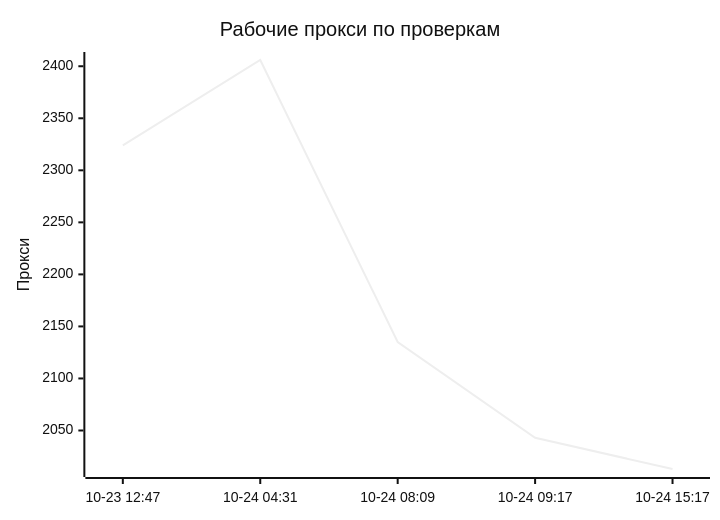
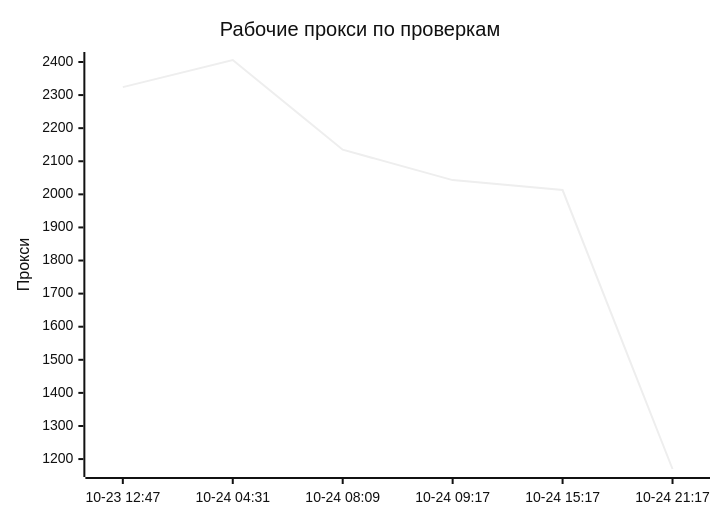
The first of 4 diagrams in README.md (rvvg/proxy-subs), drawn with Mermaid (neutral theme) before and after one commit. The commit also changed other lines of this file and 52 other files, not shown here.

````diff
--- a/README.md
+++ b/README.md
@@ -124,7 +119,7 @@
 ```mermaid
 xychart-beta
     title "Рабочие прокси по проверкам"
-    x-axis ["10-23 12:47", "10-24 04:31", "10-24 08:09", "10-24 09:17", "10-24 15:17"]
+    x-axis ["10-23 12:47", "10-24 04:31", "10-24 08:09", "10-24 09:17", "10-24 15:17", "10-24 21:17"]
     y-axis "Прокси"
-    line [2324, 2406, 2135, 2043, 2013]
+    line [2324, 2406, 2135, 2043, 2013, 1170]
 ```
````
